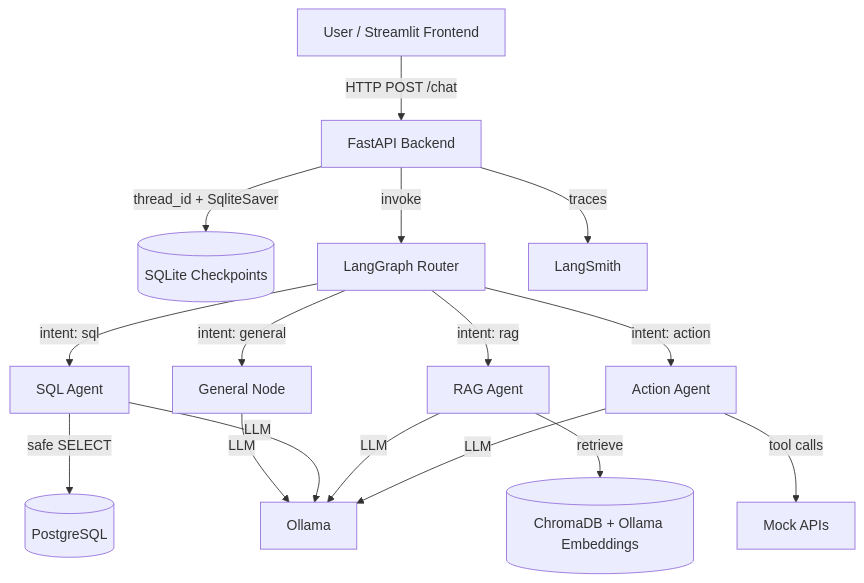
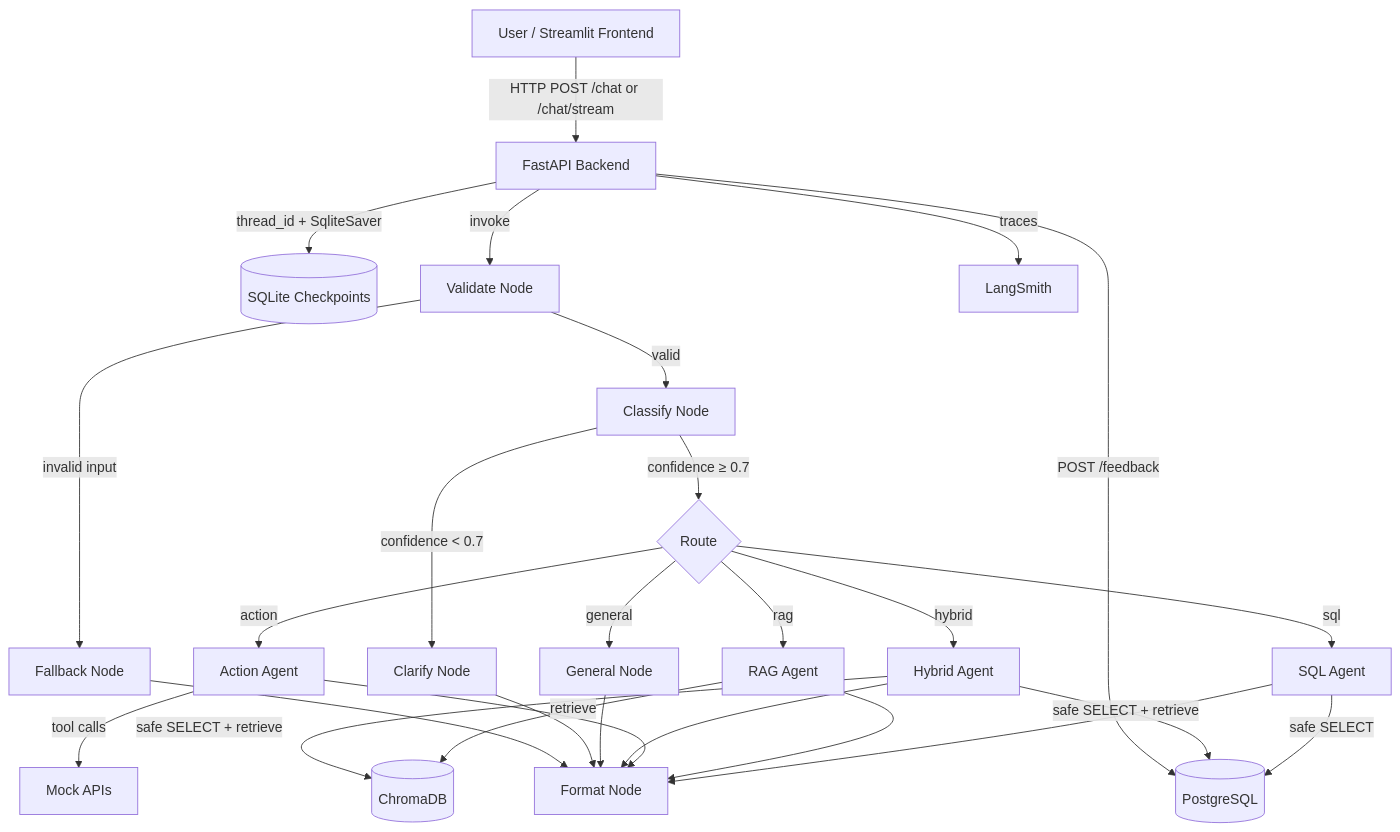
Before and after one commit to Jddumas/Dispatch: the diagram in README.md, drawn with Mermaid. The commit also changed other lines of this file, not shown here.

````diff
--- a/README.md
+++ b/README.md
@@ -31,18 +34,22 @@
 ```mermaid
 graph TD
-    U[User / Streamlit Frontend] -->|HTTP POST /chat| F[FastAPI Backend]
+    U[User / Streamlit Frontend] -->|HTTP POST /chat or /chat/stream| F[FastAPI Backend]
     F -->|thread_id + SqliteSaver| S[(SQLite Checkpoints)]
-    F -->|invoke| R[LangGraph Router]
-    R -->|intent: sql| SQL[SQL Agent]
-    R -->|intent: rag| RAG[RAG Agent]
-    R -->|intent: action| ACT[Action Agent]
-    R -->|intent: general| GEN[General Node]
+    F -->|invoke| V[Validate Node]
+    V -->|invalid input| FB[Fallback Node]
+    V -->|valid| C[Classify Node]
+    C -->|confidence ≥ 0.7| R{Route}
+    C -->|confidence < 0.7| CL[Clarify Node]
+    R -->|sql| SQL[SQL Agent]
+    R -->|rag| RAG[RAG Agent]
+    R -->|action| ACT[Action Agent]
+    R -->|hybrid| HYB[Hybrid Agent]
+    R -->|general| GEN[General Node]
     SQL -->|safe SELECT| PG[(PostgreSQL)]
-    RAG -->|retrieve| CH[(ChromaDB + Ollama Embeddings)]
+    RAG -->|retrieve| CH[(ChromaDB)]
+    HYB -->|safe SELECT + retrieve| PG & CH
     ACT -->|tool calls| API[Mock APIs]
-    GEN -->|LLM| OLL[Ollama]
-    SQL -->|LLM| OLL
-    RAG -->|LLM| OLL
-    ACT -->|LLM| OLL
+    SQL & RAG & ACT & HYB & GEN & CL & FB --> FMT[Format Node]
+    F -->|POST /feedback| PG
     F -->|traces| LS[LangSmith]
 ```
````
